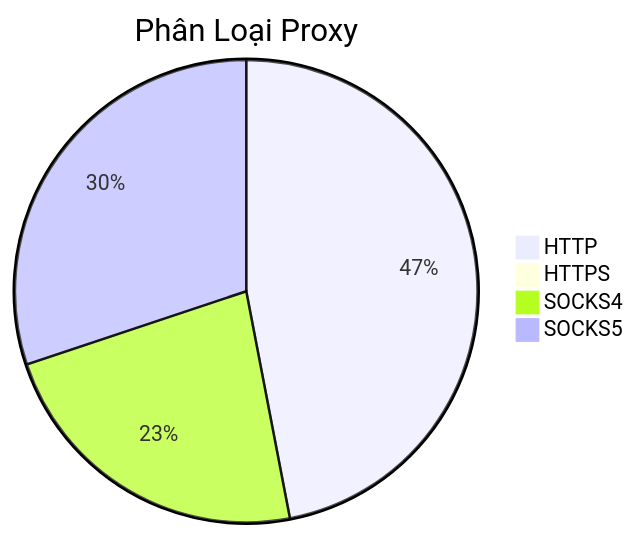
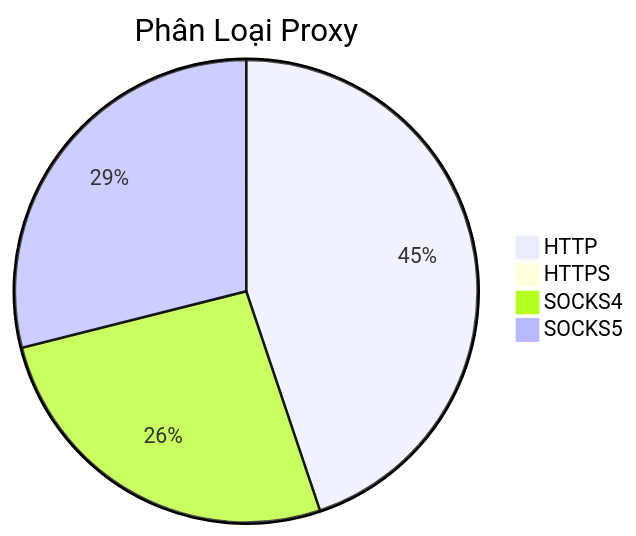
The diagram in README.md (Ciara-12/PROXY-free), drawn with Mermaid before and after one commit. The commit also changed other lines of this file and 3 other files, not shown here.

````diff
--- a/README.md
+++ b/README.md
@@ -26,7 +26,7 @@
 ```mermaid
 pie title Phân Loại Proxy
-    "HTTP" : 800
+    "HTTP" : 730
     "HTTPS" : 0
-    "SOCKS4" : 390
-    "SOCKS5" : 513
+    "SOCKS4" : 427
+    "SOCKS5" : 471
 ```
````
